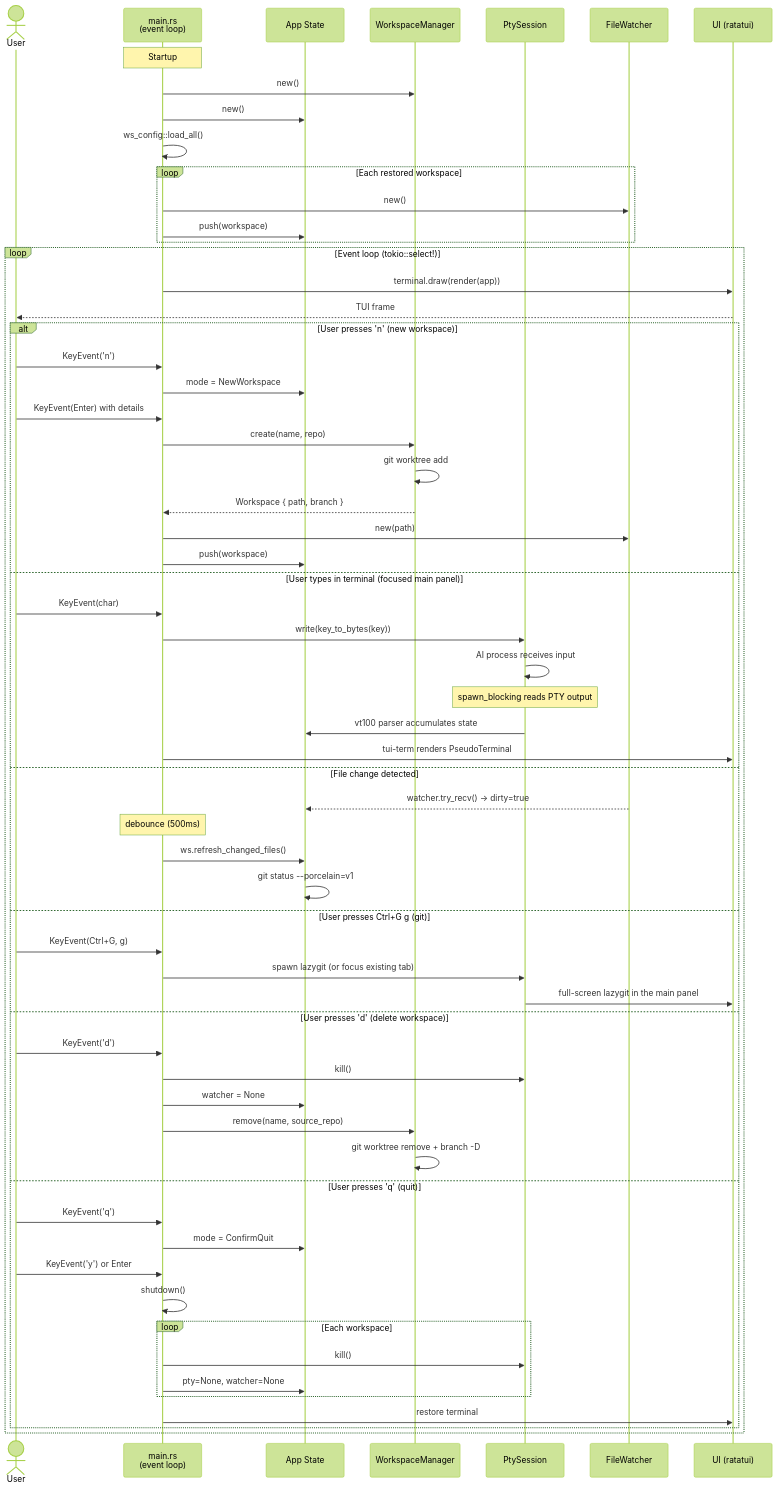
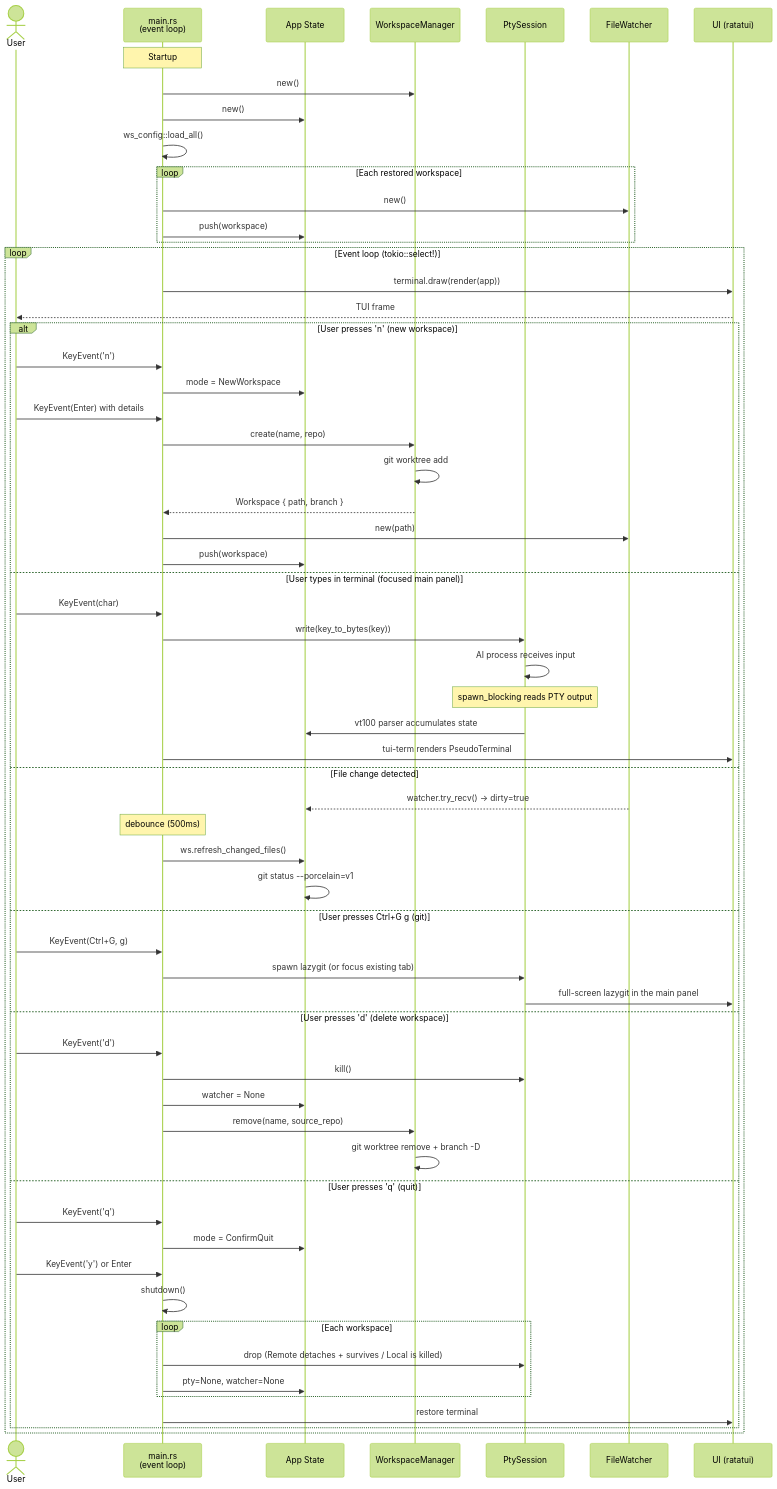
One commit to juanknebel/piki-multi-ai changed the diagram in README.md. Above: the diagram before and after it, drawn with Mermaid (forest theme). The commit also changed other lines of this file and 2 other files, not shown here.

````diff
--- a/README.md
+++ b/README.md
@@ -887,72 +915,72 @@
 ```mermaid
 sequenceDiagram
     actor User
     participant Main as main.rs<br/>(event loop)
     participant App as App State
     participant WM as WorkspaceManager
     participant PTY as PtySession
     participant Watcher as FileWatcher
     participant UI as UI (ratatui)
 
     Note over Main: Startup
     Main->>WM: new()
     Main->>App: new()
     Main->>Main: ws_config::load_all()
     loop Each restored workspace
         Main->>Watcher: new()
         Main->>App: push(workspace)
     end
 
     loop Event loop (tokio::select!)
         Main->>UI: terminal.draw(render(app))
         UI-->>User: TUI frame
 
         alt User presses 'n' (new workspace)
             User->>Main: KeyEvent('n')
             Main->>App: mode = NewWorkspace
             User->>Main: KeyEvent(Enter) with details
             Main->>WM: create(name, repo)
             WM->>WM: git worktree add
             WM-->>Main: Workspace { path, branch }
             Main->>Watcher: new(path)
             Main->>App: push(workspace)
 
         else User types in terminal (focused main panel)
             User->>Main: KeyEvent(char)
             Main->>PTY: write(key_to_bytes(key))
             PTY->>PTY: AI process receives input
             Note over PTY: spawn_blocking reads PTY output
             PTY->>App: vt100 parser accumulates state
             Main->>UI: tui-term renders PseudoTerminal
 
         else File change detected
             Watcher-->>App: watcher.try_recv() → dirty=true
             Note over Main: debounce (500ms)
             Main->>App: ws.refresh_changed_files()
             App->>App: git status --porcelain=v1
 
         else User presses Ctrl+G g (git)
             User->>Main: KeyEvent(Ctrl+G, g)
             Main->>PTY: spawn lazygit (or focus existing tab)
             PTY->>UI: full-screen lazygit in the main panel
 
         else User presses 'd' (delete workspace)
             User->>Main: KeyEvent('d')
             Main->>PTY: kill()
             Main->>App: watcher = None
             Main->>WM: remove(name, source_repo)
             WM->>WM: git worktree remove + branch -D
 
         else User presses 'q' (quit)
             User->>Main: KeyEvent('q')
             Main->>App: mode = ConfirmQuit
             User->>Main: KeyEvent('y') or Enter
             Main->>Main: shutdown()
             loop Each workspace
-                Main->>PTY: kill()
+                Main->>PTY: drop (Remote detaches + survives / Local is killed)
                 Main->>App: pty=None, watcher=None
             end
             Main->>UI: restore terminal
         end
     end
 ```
````
